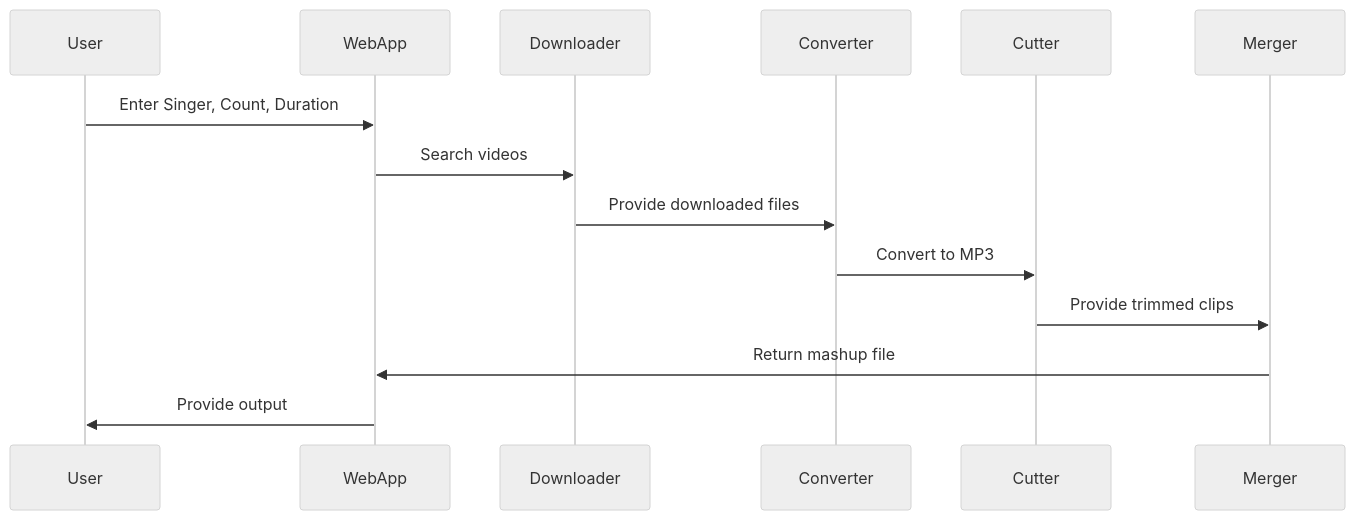
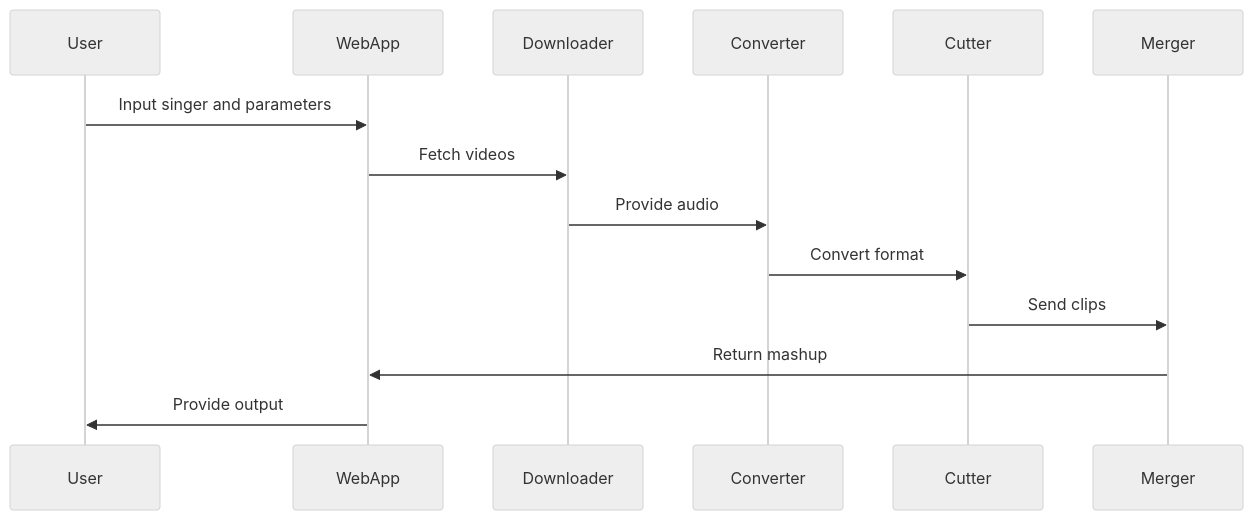
One commit to Manleen123-dev/Mashup_102303599 changed the second of 4 diagrams in README.md. Above: the diagram before and after it, drawn with Mermaid (neutral theme). The commit also changed other lines of this file, not shown here.

````diff
--- a/README.md
+++ b/README.md
@@ -50,17 +39,17 @@
 ``` mermaid
 sequenceDiagram
     participant User
     participant WebApp
     participant Downloader
     participant Converter
     participant Cutter
     participant Merger
 
-    User->>WebApp: Enter Singer, Count, Duration
-    WebApp->>Downloader: Search videos
-    Downloader->>Converter: Provide downloaded files
-    Converter->>Cutter: Convert to MP3
-    Cutter->>Merger: Provide trimmed clips
-    Merger->>WebApp: Return mashup file
+    User->>WebApp: Input singer and parameters
+    WebApp->>Downloader: Fetch videos
+    Downloader->>Converter: Provide audio
+    Converter->>Cutter: Convert format
+    Cutter->>Merger: Send clips
+    Merger->>WebApp: Return mashup
     WebApp->>User: Provide output
 ```
````
